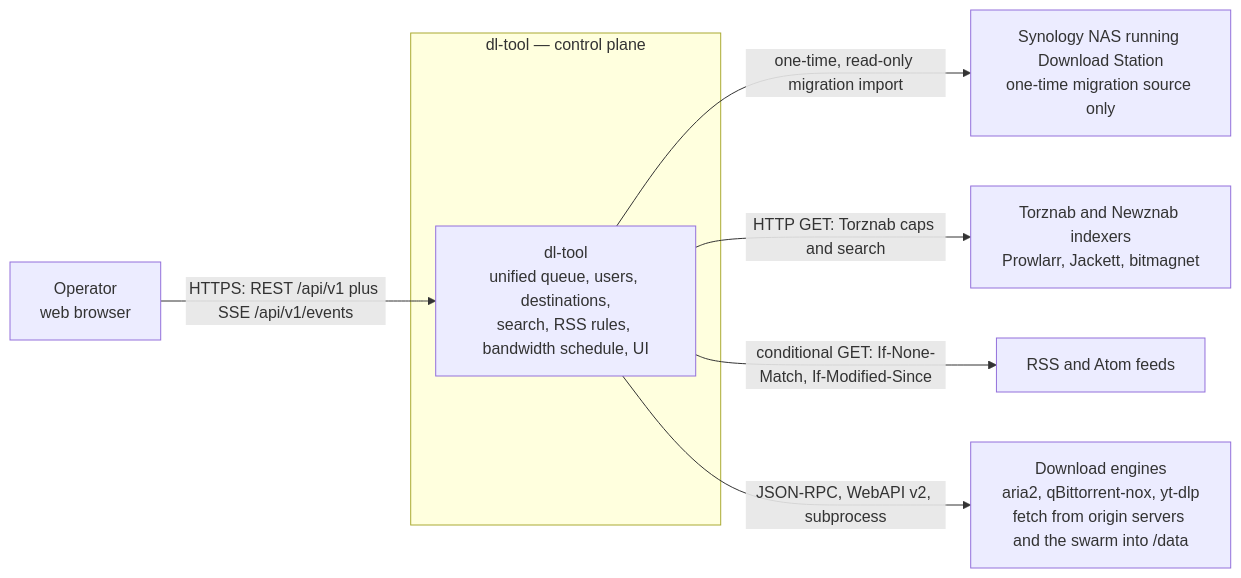
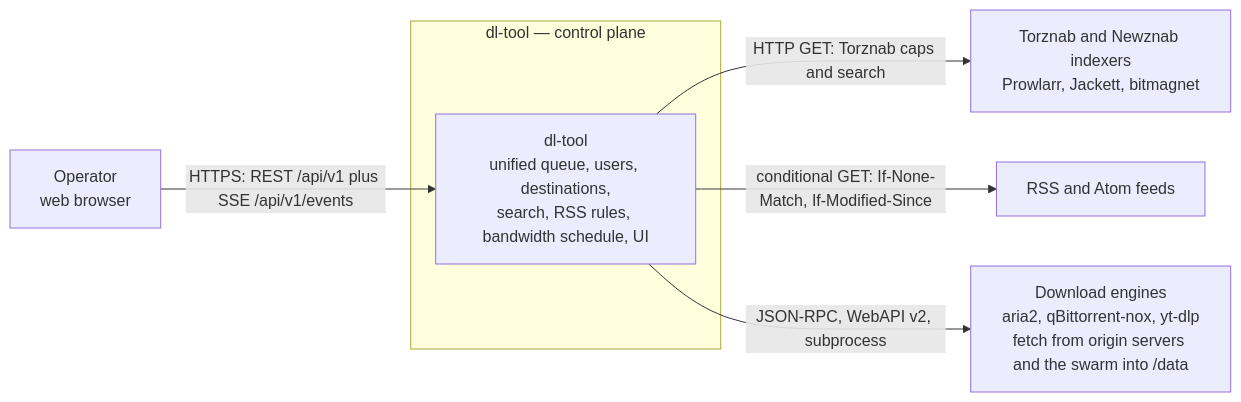
One commit to L-K-M/dl-tool changed the first of 8 diagrams in docs/03-architecture.md. Above: the diagram before and after it, drawn with Mermaid. The commit also changed other lines of this file and 19 other files, not shown here.

````diff
--- a/docs/03-architecture.md
+++ b/docs/03-architecture.md
@@ -38,16 +38,14 @@
 ```mermaid
 flowchart LR
     op["Operator<br/>web browser"]
     idx["Torznab and Newznab indexers<br/>Prowlarr, Jackett, bitmagnet"]
     feeds["RSS and Atom feeds"]
     subgraph sys["dl-tool — control plane"]
         dlt["dl-tool<br/>unified queue, users, destinations,<br/>search, RSS rules, bandwidth schedule, UI"]
     end
     eng["Download engines<br/>aria2, qBittorrent-nox, yt-dlp<br/>fetch from origin servers and the swarm into /data"]
-    dsm["Synology NAS running Download Station<br/>one-time migration source only"]
     op -->|"HTTPS: REST /api/v1 plus SSE /api/v1/events"| dlt
-    dlt -->|"one-time, read-only migration import"| dsm
     dlt -->|"HTTP GET: Torznab caps and search"| idx
     dlt -->|"conditional GET: If-None-Match, If-Modified-Since"| feeds
     dlt -->|"JSON-RPC, WebAPI v2, subprocess"| eng
 ```
````
